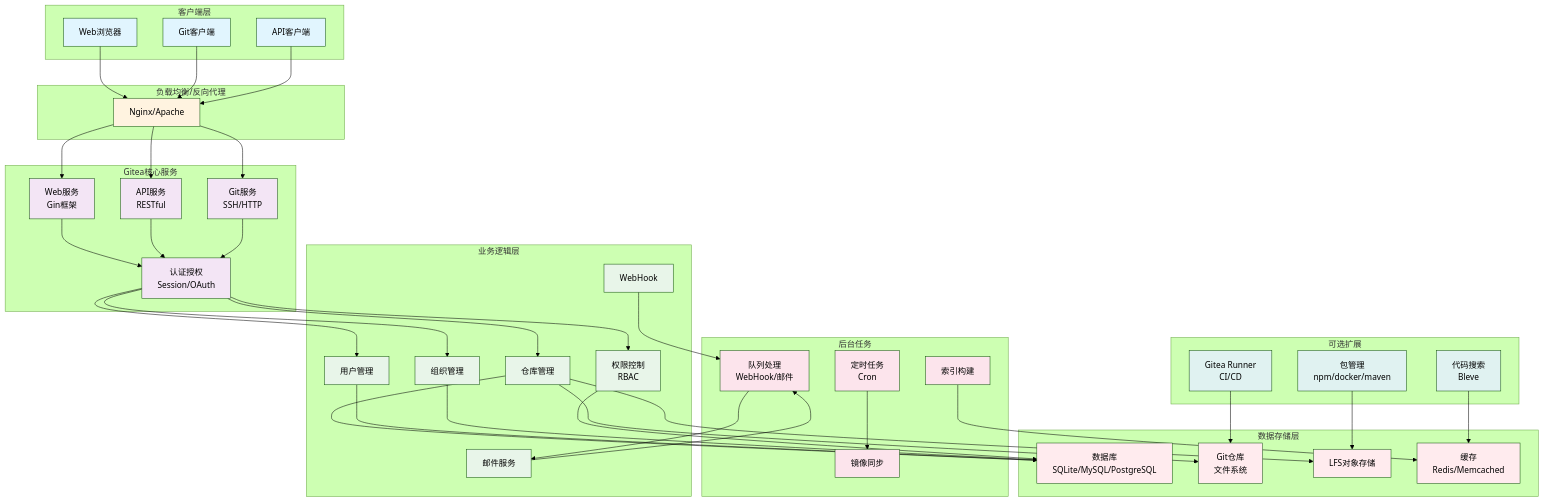
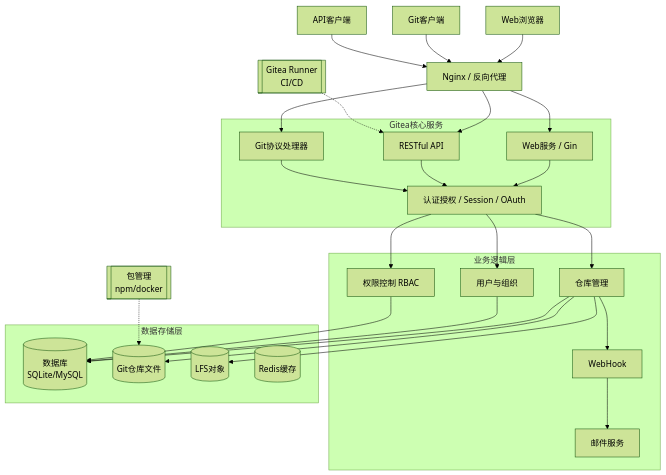
One commit to 8butubb/8butubb.github.io changed the diagram in content/posts/gitea 自部署使用体验.md. Above: the diagram before and after it, drawn with Mermaid (forest theme). The commit also changed other lines of this file and 1 other file, not shown here.

````diff
--- a/content/posts/gitea 自部署使用体验.md
+++ b/content/posts/gitea 自部署使用体验.md
@@ -41,109 +41,68 @@
 ```mermaid
-graph TB
-    subgraph "客户端层"
-        A[Web浏览器]
-        B[Git客户端]
-        C[API客户端]
+graph TD
+    %% 客户端层
+    Client_Web[Web浏览器]
+    Client_Git[Git客户端]
+    Client_API[API客户端]
+
+    %% 负载层
+    Proxy[Nginx / 反向代理]
+
+    %% 核心服务层
+    subgraph Gitea核心服务
+        Web[Web服务 / Gin]
+        API[RESTful API]
+        Git[Git协议处理器]
+        Auth[认证授权 / Session / OAuth]
     end
 
-    subgraph "负载均衡/反向代理"
-        D[Nginx/Apache]
+    %% 业务逻辑层
+    subgraph 业务逻辑层
+        Repo[仓库管理]
+        User[用户与组织]
+        ACL[权限控制 RBAC]
+        Hook[WebHook]
+        Mail[邮件服务]
     end
 
-    subgraph "Gitea核心服务"
-        E[Web服务<br/>Gin框架]
-        F[API服务<br/>RESTful]
-        G[Git服务<br/>SSH/HTTP]
-        H[认证授权<br/>Session/OAuth]
+    %% 存储层
+    subgraph 数据存储层
+        DB[(数据库<br/>SQLite/MySQL)]
+        FS[(Git仓库文件)]
+        LFS[(LFS对象)]
+        Cache[(Redis缓存)]
     end
 
-    subgraph "业务逻辑层"
-        I[仓库管理]
-        J[用户管理]
-        K[组织管理]
-        L[权限控制<br/>RBAC]
-        M[WebHook]
-        N[邮件服务]
-    end
+    %% 扩展
+    Runner[[Gitea Runner<br/>CI/CD]]
+    Pack[[包管理<br/>npm/docker]]
 
-    subgraph "数据存储层"
-        O[数据库<br/>SQLite/MySQL/PostgreSQL]
-        P[Git仓库<br/>文件系统]
-        Q[LFS对象存储]
-        R[缓存<br/>Redis/Memcached]
-    end
+    %% 关系连线
+    Client_Web --> Proxy
+    Client_Git --> Proxy
+    Client_API --> Proxy
 
-    subgraph "后台任务"
-        S[定时任务<br/>Cron]
-        T[队列处理<br/>WebHook/邮件]
-        U[索引构建]
-        V[镜像同步]
-    end
+    Proxy --> Web
+    Proxy --> API
+    Proxy --> Git
 
-    subgraph "可选扩展"
-        W[Gitea Runner<br/>CI/CD]
-        X[包管理<br/>npm/docker/maven]
-        Y[代码搜索<br/>Bleve]
-    end
+    Web --> Auth
+    API --> Auth
+    Git --> Auth
 
-    A --> D
-    B --> D
-    C --> D
-    
-    D --> E
-    D --> F
-    D --> G
-    
-    E --> H
-    F --> H
-    G --> H
-    
-    H --> I
-    H --> J
-    H --> K
-    H --> L
-    
-    I --> O
-    I --> P
-    J --> O
-    K --> O
-    L --> O
-    
-    I --> Q
-    M --> T
-    N --> T
-    
-    S --> V
-    U --> R
-    T --> N
-    
-    W --> P
-    X --> Q
-    Y --> R
+    Auth --> Repo
+    Auth --> User
+    Auth --> ACL
 
-    style A fill:#e1f5fe
-    style B fill:#e1f5fe
-    style C fill:#e1f5fe
-    style D fill:#fff3e0
-    style E fill:#f3e5f5
-    style F fill:#f3e5f5
-    style G fill:#f3e5f5
-    style H fill:#f3e5f5
-    style I fill:#e8f5e9
-    style J fill:#e8f5e9
-    style K fill:#e8f5e9
-    style L fill:#e8f5e9
-    style M fill:#e8f5e9
-    style N fill:#e8f5e9
-    style O fill:#ffebee
-    style P fill:#ffebee
-    style Q fill:#ffebee
-    style R fill:#ffebee
-    style S fill:#fce4ec
-    style T fill:#fce4ec
-    style U fill:#fce4ec
-    style V fill:#fce4ec
-    style W fill:#e0f2f1
-    style X fill:#e0f2f1
-    style Y fill:#e0f2f1
+    Repo --> DB
+    Repo --> FS
+    Repo --> LFS
+    User --> DB
+    ACL --> DB
+
+    Repo --> Hook
+    Hook --> Mail
+
+    Runner -.-> API
+    Pack -.-> FS
 ```
````
